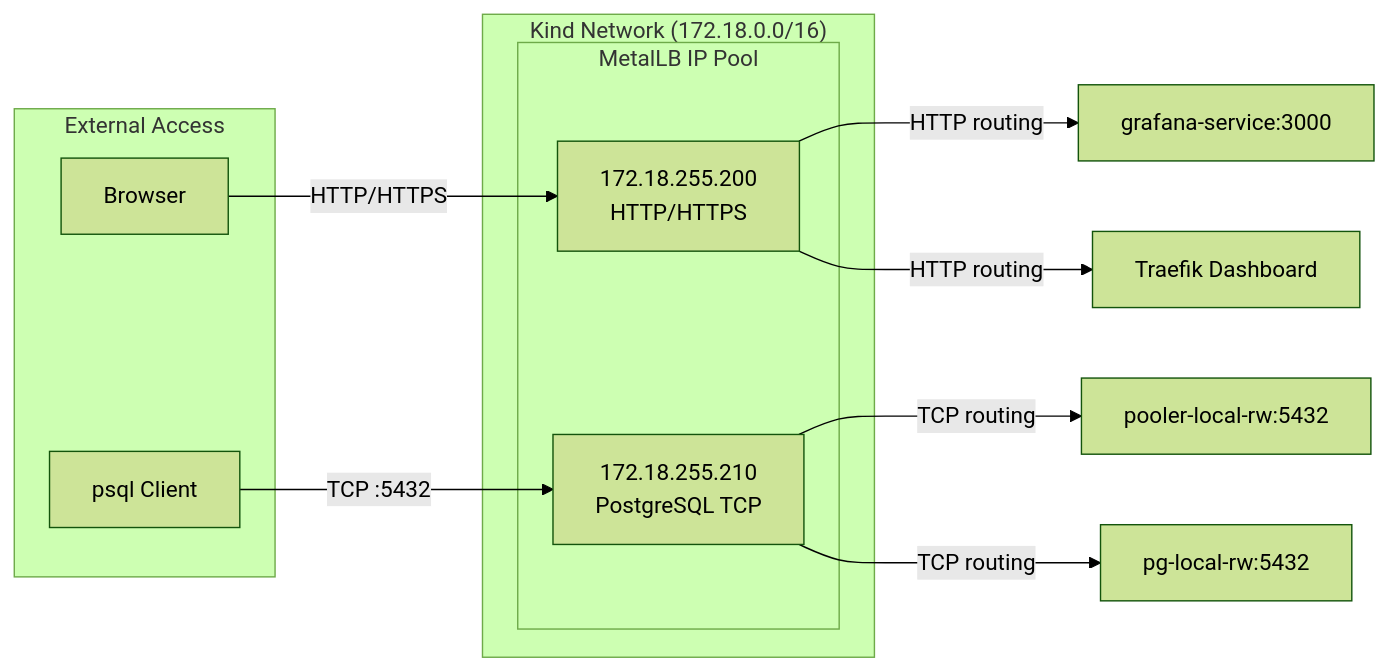
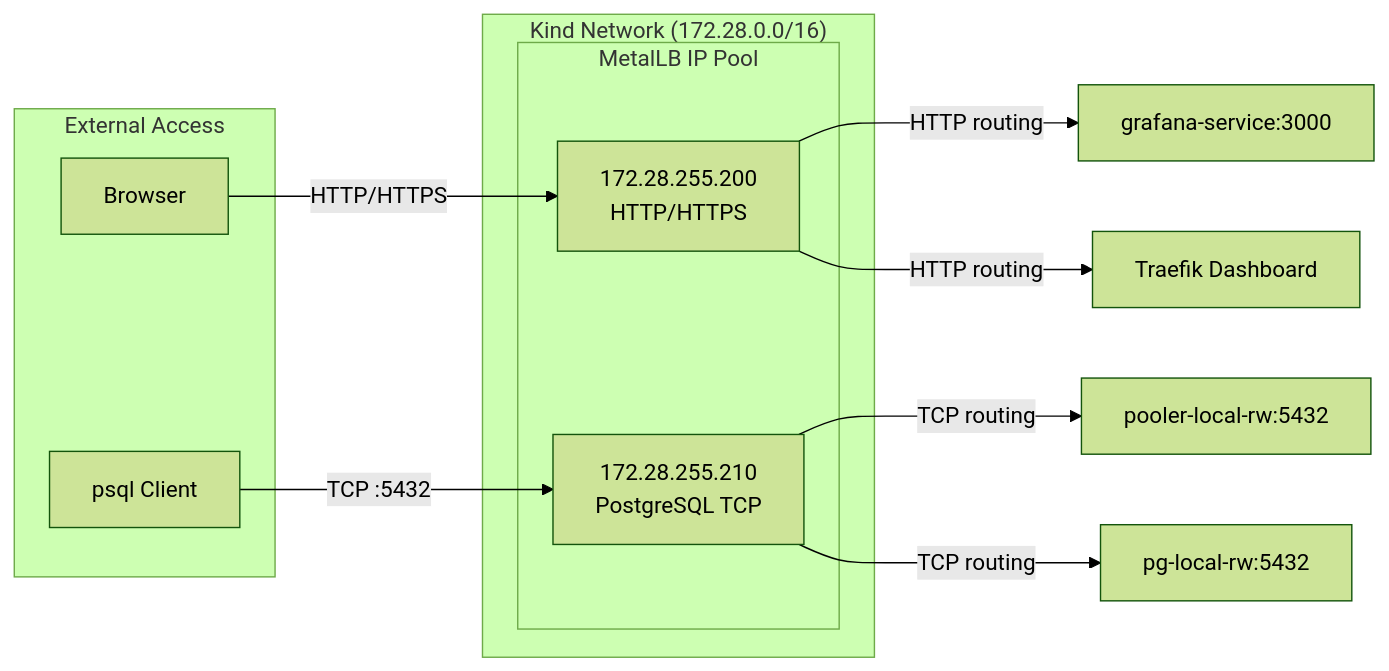
Before and after one commit to rmlandvreugd/cnpg-playground: the second of 10 diagrams in docs/stakeholder-guide-devops.md, drawn with Mermaid (forest theme). The commit also changed other lines of this file and 34 other files, not shown here.

````diff
--- a/docs/stakeholder-guide-devops.md
+++ b/docs/stakeholder-guide-devops.md
@@ -76,22 +76,22 @@
 ```mermaid
 graph LR
-    subgraph KindNetwork["Kind Network (172.18.0.0/16)"]
+    subgraph KindNetwork["Kind Network (172.28.0.0/16)"]
         subgraph MetalLBPool["MetalLB IP Pool"]
-            TraefikIP["172.18.255.200<br/>HTTP/HTTPS"]
-            PGIP["172.18.255.210<br/>PostgreSQL TCP"]
+            TraefikIP["172.28.255.200<br/>HTTP/HTTPS"]
+            PGIP["172.28.255.210<br/>PostgreSQL TCP"]
         end
     end
 
     subgraph ExternalAccess["External Access"]
         Browser["Browser"]
         PSQL["psql Client"]
     end
 
     Browser -->|HTTP/HTTPS| TraefikIP
     PSQL -->|TCP :5432| PGIP
 
     TraefikIP -->|HTTP routing| GrafanaSvc["grafana-service:3000"]
     TraefikIP -->|HTTP routing| TraefikDash["Traefik Dashboard"]
     PGIP -->|TCP routing| PoolerSvc["pooler-local-rw:5432"]
     PGIP -->|TCP routing| PGSvc["pg-local-rw:5432"]
 ```
````
